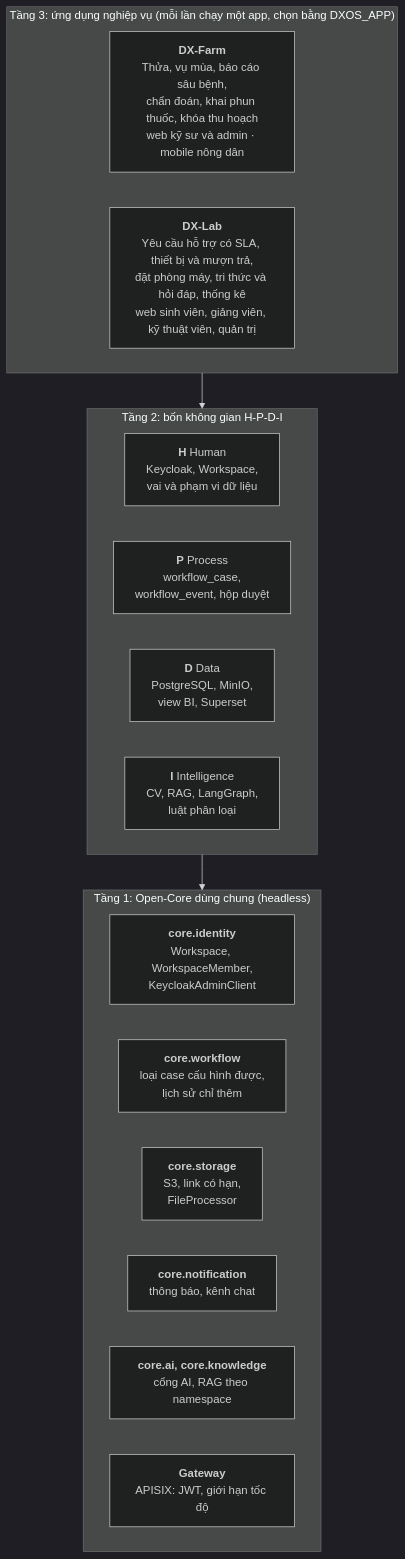
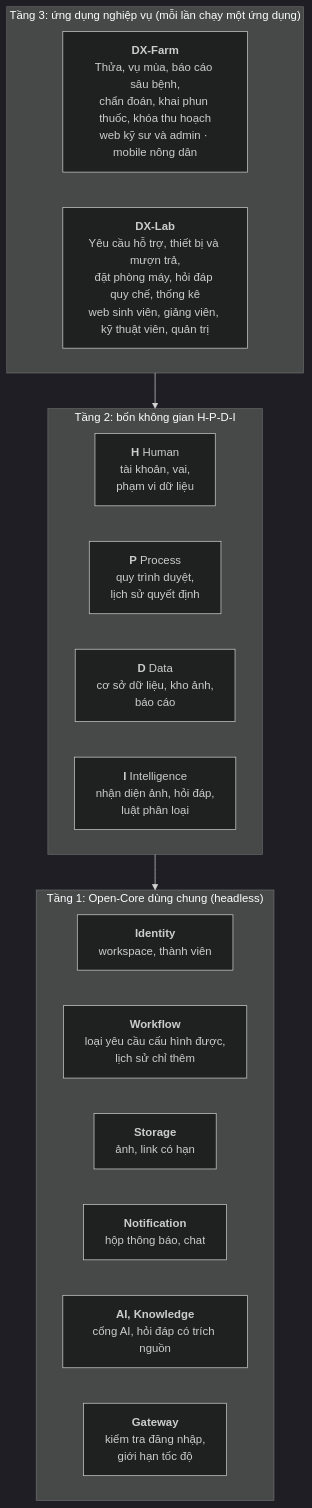
One commit to HaUI-ImplSolution/DX-OS changed the second of 5 diagrams in ARCHITECTURE.md. Above: the diagram before and after it, drawn with Mermaid (dark theme). The commit also changed other lines of this file and 2 other files, not shown here.

First line of the commit message:
docs: add an architecture overview and simplify the wording

````diff
--- a/ARCHITECTURE.md
+++ b/ARCHITECTURE.md
@@ -8,28 +44,28 @@
 ```mermaid
 flowchart TB
-  subgraph T3["Tầng 3: ứng dụng nghiệp vụ (mỗi lần chạy một app, chọn bằng DXOS_APP)"]
+  subgraph T3["Tầng 3: ứng dụng nghiệp vụ (mỗi lần chạy một ứng dụng)"]
     direction LR
     FARM["<b>DX-Farm</b><br/>Thửa, vụ mùa, báo cáo sâu bệnh,<br/>chẩn đoán, khai phun thuốc, khóa thu hoạch<br/>web kỹ sư và admin · mobile nông dân"]
-    LAB["<b>DX-Lab</b><br/>Yêu cầu hỗ trợ có SLA, thiết bị và mượn trả,<br/>đặt phòng máy, tri thức và hỏi đáp, thống kê<br/>web sinh viên, giảng viên, kỹ thuật viên, quản trị"]
+    LAB["<b>DX-Lab</b><br/>Yêu cầu hỗ trợ, thiết bị và mượn trả,<br/>đặt phòng máy, hỏi đáp quy chế, thống kê<br/>web sinh viên, giảng viên, kỹ thuật viên, quản trị"]
   end
 
   subgraph T2["Tầng 2: bốn không gian H-P-D-I"]
     direction LR
-    H["<b>H</b> Human<br/>Keycloak, Workspace,<br/>vai và phạm vi dữ liệu"]
-    P["<b>P</b> Process<br/>workflow_case,<br/>workflow_event, hộp duyệt"]
-    D["<b>D</b> Data<br/>PostgreSQL, MinIO,<br/>view BI, Superset"]
-    I["<b>I</b> Intelligence<br/>CV, RAG, LangGraph,<br/>luật phân loại"]
+    H["<b>H</b> Human<br/>tài khoản, vai,<br/>phạm vi dữ liệu"]
+    P["<b>P</b> Process<br/>quy trình duyệt,<br/>lịch sử quyết định"]
+    D["<b>D</b> Data<br/>cơ sở dữ liệu, kho ảnh,<br/>báo cáo"]
+    I["<b>I</b> Intelligence<br/>nhận diện ảnh, hỏi đáp,<br/>luật phân loại"]
   end
 
   subgraph T1["Tầng 1: Open-Core dùng chung (headless)"]
     direction LR
-    ID["<b>core.identity</b><br/>Workspace, WorkspaceMember,<br/>KeycloakAdminClient"]
-    WF["<b>core.workflow</b><br/>loại case cấu hình được,<br/>lịch sử chỉ thêm"]
-    ST["<b>core.storage</b><br/>S3, link có hạn,<br/>FileProcessor"]
-    NT["<b>core.notification</b><br/>thông báo, kênh chat"]
-    AIG["<b>core.ai, core.knowledge</b><br/>cổng AI, RAG theo namespace"]
-    GW["<b>Gateway</b><br/>APISIX: JWT, giới hạn tốc độ"]
+    ID["<b>Identity</b><br/>workspace, thành viên"]
+    WF["<b>Workflow</b><br/>loại yêu cầu cấu hình được,<br/>lịch sử chỉ thêm"]
+    ST["<b>Storage</b><br/>ảnh, link có hạn"]
+    NT["<b>Notification</b><br/>hộp thông báo, chat"]
+    AIG["<b>AI, Knowledge</b><br/>cổng AI, hỏi đáp có trích nguồn"]
+    GW["<b>Gateway</b><br/>kiểm tra đăng nhập,<br/>giới hạn tốc độ"]
   end
 
   T3 --> T2 --> T1
 ```
````
